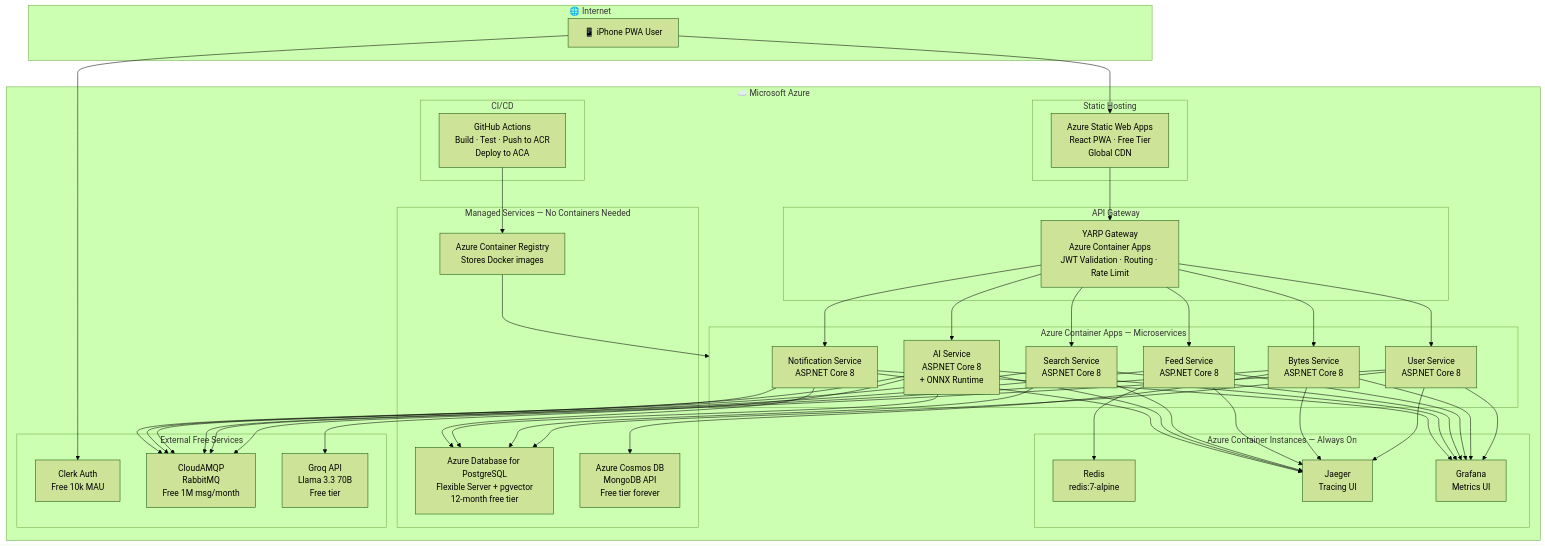
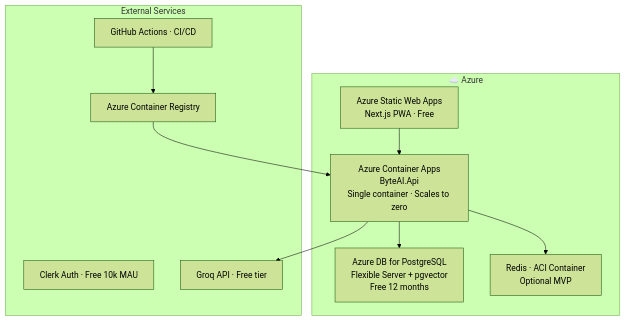
One commit to sravan4262/ByteAI changed the fourth of 4 diagrams in docs/architecture/byteai-backend-architecture.md. Above: the diagram before and after it, drawn with Mermaid (forest theme). The commit also changed other lines of this file and 215 other files, not shown here.

````diff
--- a/docs/architecture/byteai-backend-architecture.md
+++ b/docs/architecture/byteai-backend-architecture.md
@@ -449,68 +464,22 @@
 ```mermaid
 graph TB
-    subgraph INTERNET["🌐 Internet"]
-        USER[📱 iPhone PWA User]
+    subgraph AZURE["☁️ Azure"]
+        SWA[Azure Static Web Apps<br/>Next.js PWA · Free]
+        ACA[Azure Container Apps<br/>ByteAI.Api<br/>Single container · Scales to zero]
+        PG_MS[Azure DB for PostgreSQL<br/>Flexible Server + pgvector<br/>Free 12 months]
+        ACI1[Redis · ACI Container<br/>Optional MVP]
     end
 
-    subgraph AZURE["☁️ Microsoft Azure"]
-
-        subgraph FRONTEND["Static Hosting"]
-            SWA[Azure Static Web Apps\nReact PWA · Free Tier\nGlobal CDN]
-        end
-
-        subgraph GATEWAY_ZONE["API Gateway"]
-            YARP_ACA[YARP Gateway\nAzure Container Apps\nJWT Validation · Routing · Rate Limit]
-        end
-
-        subgraph ACA_ZONE["Azure Container Apps — Microservices"]
-            ACA1[User Service\nASP.NET Core 8]
-            ACA2[Bytes Service\nASP.NET Core 8]
-            ACA3[Feed Service\nASP.NET Core 8]
-            ACA4[Search Service\nASP.NET Core 8]
-            ACA5[AI Service\nASP.NET Core 8\n+ ONNX Runtime]
-            ACA6[Notification Service\nASP.NET Core 8]
-        end
-
-        subgraph ACI_ZONE["Azure Container Instances — Always On"]
-            ACI1[Redis\nredis:7-alpine]
-            ACI2[Jaeger\nTracing UI]
-            ACI3[Grafana\nMetrics UI]
-        end
-
-        subgraph MANAGED["Managed Services — No Containers Needed"]
-            PG_MS[Azure Database for PostgreSQL\nFlexible Server + pgvector\n12-month free tier]
-            COSMOS[Azure Cosmos DB\nMongoDB API\nFree tier forever]
-            ACR[Azure Container Registry\nStores Docker images]
-        end
-
-        subgraph EXTERNAL_SVC["External Free Services"]
-            CLERK_EXT[Clerk Auth\nFree 10k MAU]
-            CLOUDAMQP[CloudAMQP\nRabbitMQ\nFree 1M msg/month]
-            GROQ_EXT[Groq API\nLlama 3.3 70B\nFree tier]
-        end
-
-        subgraph CICD["CI/CD"]
-            GH[GitHub Actions\nBuild · Test · Push to ACR\nDeploy to ACA]
-        end
-
+    subgraph EXTERNAL["External Services"]
+        CLERK_EXT[Clerk Auth · Free 10k MAU]
+        GROQ_EXT[Groq API · Free tier]
+        GH[GitHub Actions · CI/CD]
+        ACR[Azure Container Registry]
     end
 
-    USER --> SWA
-    USER --> CLERK_EXT
-    SWA --> YARP_ACA
-    YARP_ACA --> ACA1 & ACA2 & ACA3 & ACA4 & ACA5 & ACA6
-
-    ACA1 --> PG_MS
-    ACA2 --> COSMOS
-    ACA3 --> ACI1
-    ACA4 --> PG_MS
-    ACA5 --> PG_MS
-    ACA5 --> GROQ_EXT
-    ACA6 --> PG_MS
-
-    ACA1 & ACA2 & ACA3 & ACA4 & ACA5 & ACA6 --> CLOUDAMQP
-    ACA1 & ACA2 & ACA3 & ACA4 & ACA5 & ACA6 --> ACI2
-    ACA1 & ACA2 & ACA3 & ACA4 & ACA5 & ACA6 --> ACI3
-
-    GH --> ACR --> ACA_ZONE
+    SWA --> ACA
+    ACA --> PG_MS
+    ACA --> ACI1
+    ACA --> GROQ_EXT
+    GH --> ACR --> ACA
 ```
````
